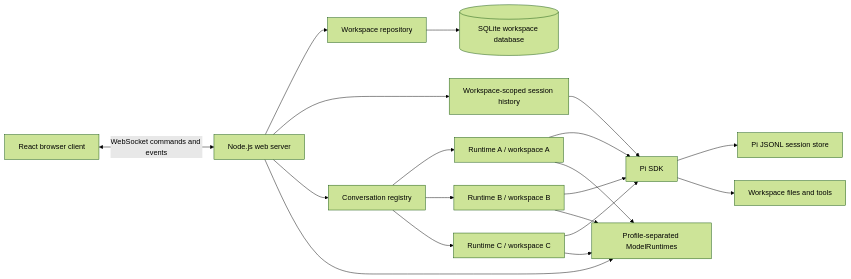
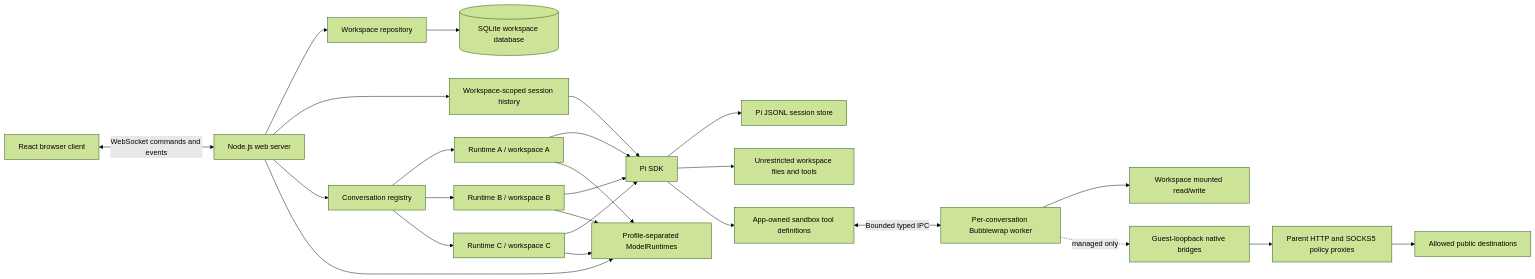
The first of 3 diagrams in docs/design.md (awithy/chatwca), drawn with Mermaid (forest theme) before and after one commit. The commit also changed other lines of this file, not shown here.

Commit message:
docs: align core design with sandbox features

````diff
--- a/docs/design.md
+++ b/docs/design.md
@@ -85,21 +96,27 @@
 ```mermaid
 flowchart LR
     B[React browser client] <-->|WebSocket commands and events| W[Node.js web server]
     W --> WR[Workspace repository]
     WR --> DB[(SQLite workspace database)]
     W --> H[Workspace-scoped session history]
     H --> P[Pi SDK]
     W --> R[Conversation registry]
     R --> A[Runtime A / workspace A]
     R --> C[Runtime B / workspace B]
     R --> D[Runtime C / workspace C]
     A --> P
     C --> P
     D --> P
     P --> S[Pi JSONL session store]
-    P --> F[Workspace files and tools]
+    P --> F[Unrestricted workspace files and tools]
+    P --> T[App-owned sandbox tool definitions]
+    T <-->|Bounded typed IPC| BW[Per-conversation Bubblewrap worker]
+    BW --> SW[Workspace mounted read/write]
+    BW -. managed only .-> BR[Guest-loopback native bridges]
+    BR --> NP[Parent HTTP and SOCKS5 policy proxies]
+    NP --> NET[Allowed public destinations]
     W --> M[Profile-separated ModelRuntimes]
     A --> M
     C --> M
     D --> M
 ```
````
